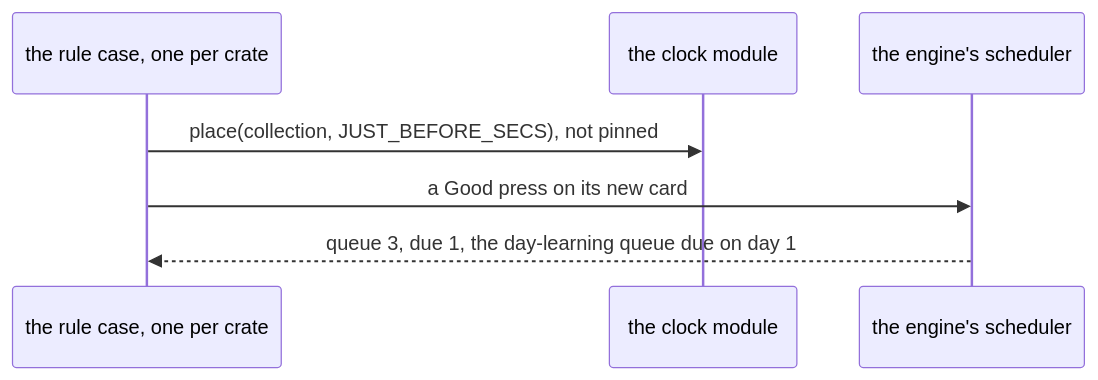
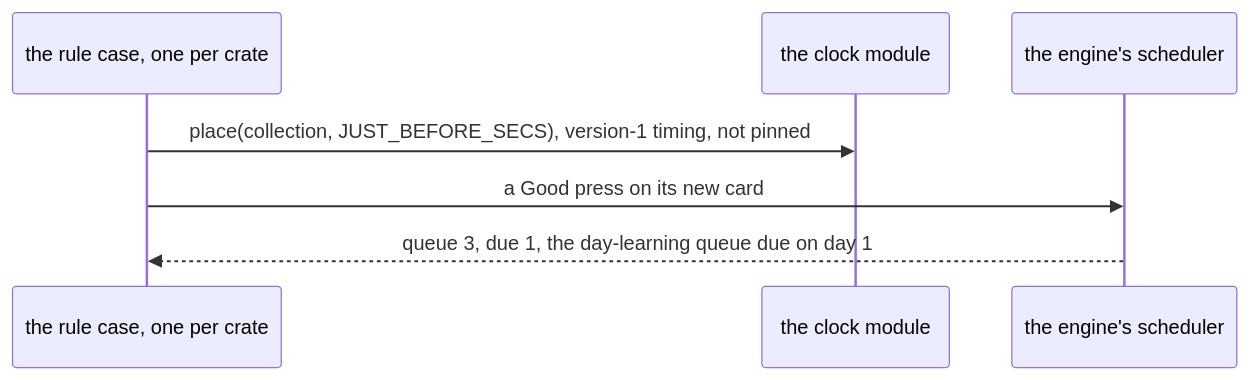
Before and after one commit to RexRenatus/deck-streak: the tenth of 10 diagrams in docs/schematics/scheduler-tests-take-their-time-from-one-injected-clock.md, drawn with Mermaid. The commit also changed other lines of this file and 2 other files, not shown here.

````diff
--- a/docs/schematics/scheduler-tests-take-their-time-from-one-injected-clock.md
+++ b/docs/schematics/scheduler-tests-take-their-time-from-one-injected-clock.md
@@ -277,9 +323,9 @@
 ```mermaid
 sequenceDiagram
   participant R as the rule case, one per crate
   participant C as the clock module
   participant G as the engine's scheduler
-  R->>C: place(collection, JUST_BEFORE_SECS), not pinned
+  R->>C: place(collection, JUST_BEFORE_SECS), version-1 timing, not pinned
   R->>G: a Good press on its new card
   G-->>R: queue 3, due 1, the day-learning queue due on day 1
 ```
````
